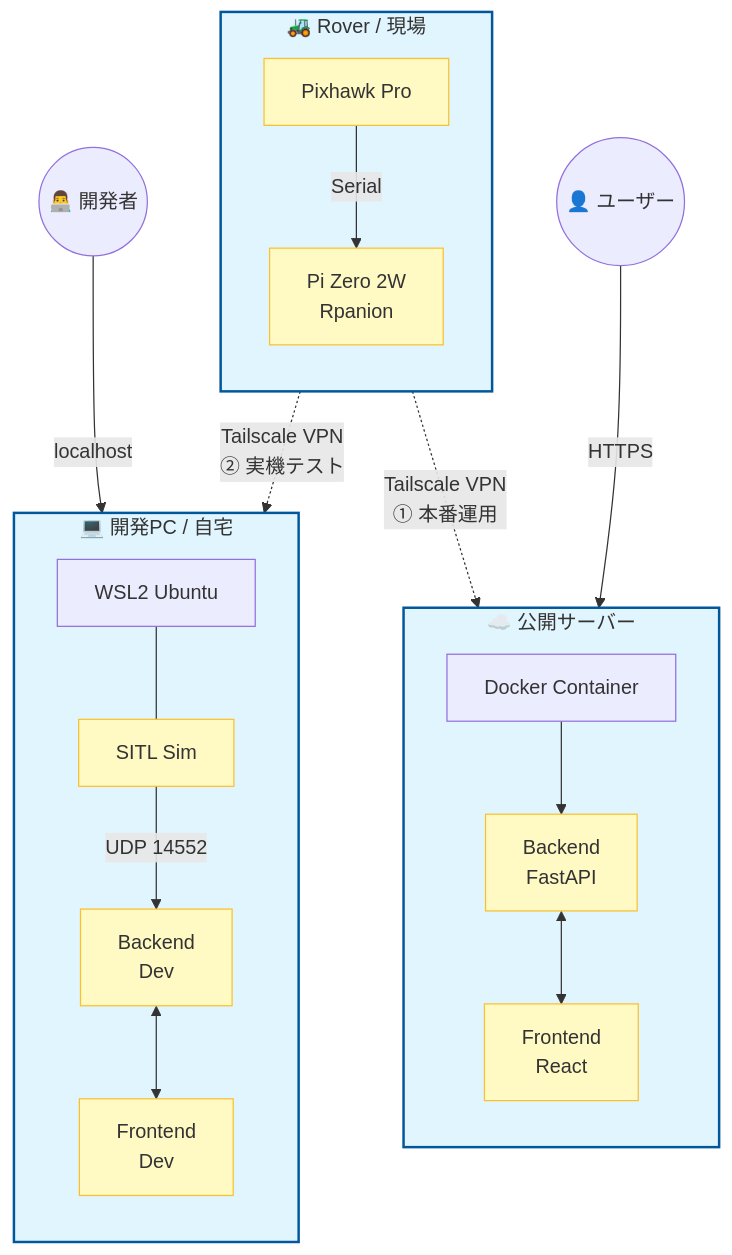
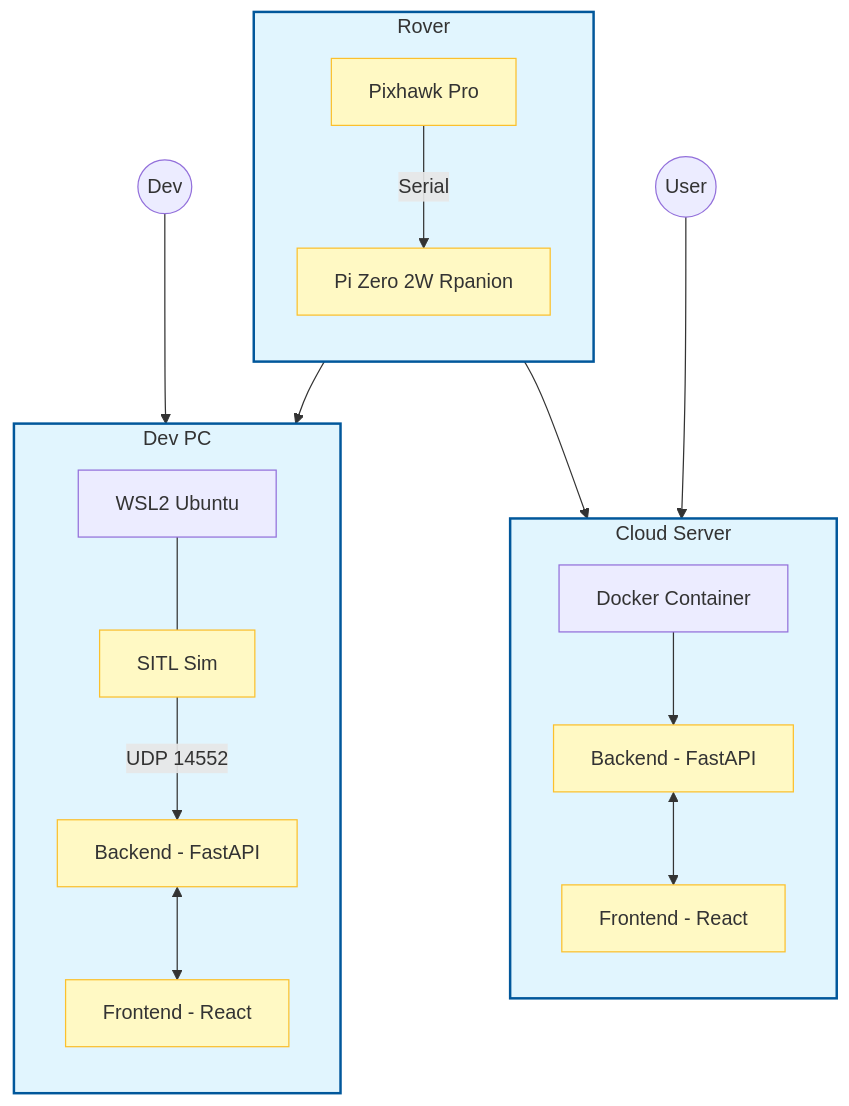
One commit to zorosdrone/rover-gcs changed the first of 3 diagrams in docs/architecture.md. Above: the diagram before and after it, drawn with Mermaid. The commit also changed other lines of this file, not shown here.

Commit message:
docs: エラー解消のため、アーキテクチャ図のクラス定義と通信フローを英語に翻訳し、距離センサーと自動停止のフローを詳細に説明

````diff
--- a/docs/architecture.md
+++ b/docs/architecture.md
@@ -5,52 +5,48 @@
 ```mermaid
 graph TD
-    %% クラス定義（色分け）
+    %% Class definitions (simplified for renderer compatibility)
     classDef hardware fill:#e1f5fe,stroke:#01579b,stroke-width:2px;
     classDef software fill:#fff9c4,stroke:#fbc02d,stroke-width:1px;
-    classDef network fill:#f3e5f5,stroke:#7b1fa2,stroke-width:2px,stroke-dasharray: 5 5;
 
-    %% 1. 現場 (Rover)
-    subgraph Rover_System [🚜 Rover / 現場]
+    %% 1. Rover (Field)
+    subgraph Rover_System [Rover]
         direction TB
         Pixhawk[Pixhawk Pro]
-        PiZero[Pi Zero 2W<br>Rpanion]
-        
+        PiZero[Pi Zero 2W Rpanion]
         Pixhawk -->|Serial| PiZero
     end
 
-    %% 2. クラウド (Server)
-    subgraph Cloud_Server [☁️ 公開サーバー]
+    %% 2. Cloud Server
+    subgraph Cloud_Server [Cloud Server]
         direction TB
         Docker[Docker Container]
-        Backend_Prod[Backend<br>FastAPI]
-        Frontend_Prod[Frontend<br>React]
-        
+        Backend_Prod[Backend - FastAPI]
+        Frontend_Prod[Frontend - React]
         Docker --> Backend_Prod
         Backend_Prod <--> Frontend_Prod
     end
 
-    %% 3. 自宅 (Dev PC)
-    subgraph Home_PC [💻 開発PC / 自宅]
+    %% 3. Home Dev PC
+    subgraph Home_PC [Dev PC]
         direction TB
         WSL[WSL2 Ubuntu]
         SITL[SITL Sim]
-        Backend_Dev[Backend<br>Dev]
-        Frontend_Dev[Frontend<br>Dev]
-        
+        Backend_Dev[Backend - FastAPI]
+        Frontend_Dev[Frontend - React]
         WSL --- SITL
         SITL -->|UDP 14552| Backend_Dev
         Backend_Dev <--> Frontend_Dev
     end
 
-    %% 通信 (Tailscale VPN)
-    PiZero -.->|Tailscale VPN<br>① 本番運用| Backend_Prod
-    PiZero -.->|Tailscale VPN<br>② 実機テスト| Backend_Dev
+    %% Network (Tailscale)
+    PiZero --> Backend_Prod
+    PiZero --> Backend_Dev
 
-    %% ユーザーアクセス
-    User((👤 ユーザー)) -->|HTTPS| Frontend_Prod
-    Dev((👨‍💻 開発者)) -->|localhost| Frontend_Dev
+    %% User access
+    User((User)) --> Frontend_Prod
+    Dev((Dev)) --> Frontend_Dev
 
-    %% スタイル適用
+    %% Apply styles
     class Rover_System,Cloud_Server,Home_PC hardware;
     class Pixhawk,PiZero,Backend_Prod,Frontend_Prod,SITL,Backend_Dev,Frontend_Dev software;
 ```
````
